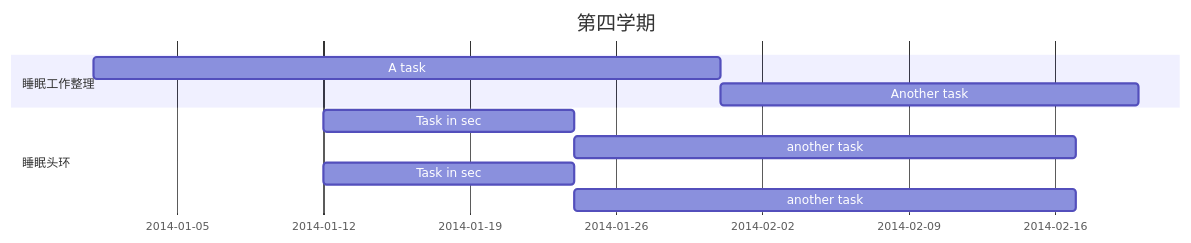
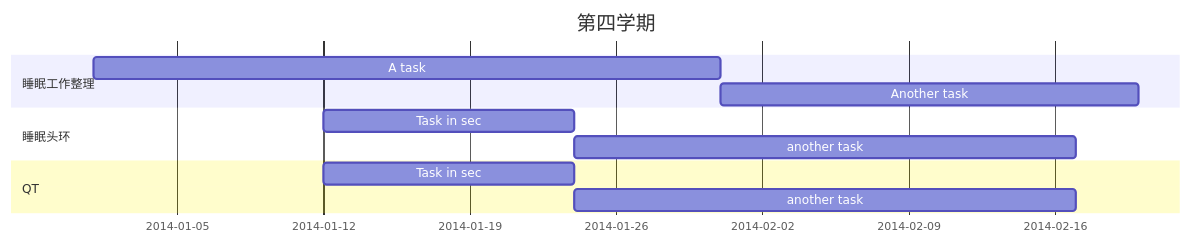
The diagram in all/代码甘特图.md (ChangMY-TJU/iodraw-files), drawn with Mermaid before and after one commit.

Commit message:
2026-03-27 14:34:48 update

````diff
--- a/all/代码甘特图.md
+++ b/all/代码甘特图.md
@@ -1,15 +1,15 @@
 ```mermaid
 gantt
     title 第四学期
     dateFormat  YYYY-MM-DD
     section 睡眠工作整理
     A task           :a1, 2014-01-01, 30d
     Another task     :after a1  , 20d
     section 睡眠头环
     Task in sec      :2014-01-12  , 12d
     another task      : 24d
-    section 睡眠头环
+    section QT
     Task in sec      :2014-01-12  , 12d
     another task      : 24d
 
 ```
````
